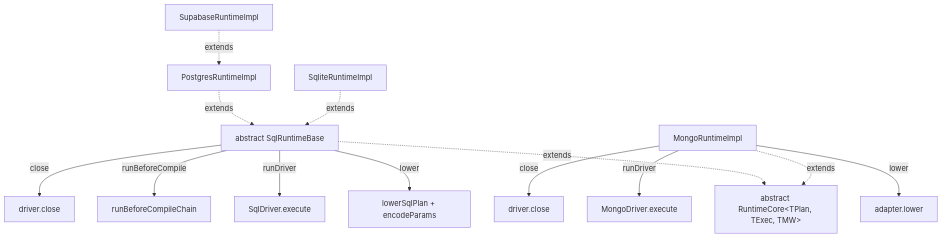
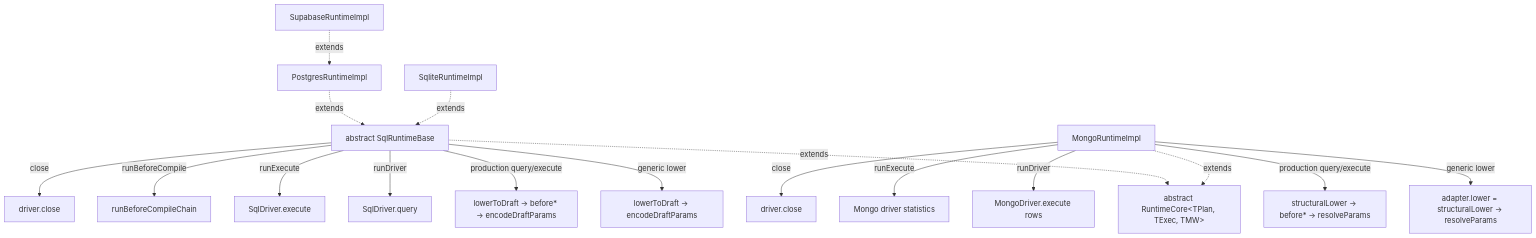
Before and after one commit to prisma/prisma: the second of 3 diagrams in docs/architecture docs/subsystems/4. Runtime & Middleware Framework.md, drawn with Mermaid. The commit also changed other lines of this file and 33 other files, not shown here.

````diff
--- a/docs/architecture docs/subsystems/4. Runtime & Middleware Framework.md
+++ b/docs/architecture docs/subsystems/4. Runtime & Middleware Framework.md
@@ -148,18 +134,22 @@
 ```mermaid
 flowchart TB
   Core[abstract RuntimeCore&lt;TPlan, TExec, TMW&gt;]
   SR[abstract SqlRuntimeBase]
   MR[MongoRuntimeImpl]
   SR -.extends.-> Core
   MR -.extends.-> Core
-  SR -- lower --> LowerS[lowerSqlPlan + encodeParams]
-  SR -- runDriver --> DriverS[SqlDriver.execute]
+  SR -- generic lower --> LowerS[lowerToDraft → encodeDraftParams]
+  SR -- production query/execute --> SplitS[lowerToDraft → before* → encodeDraftParams]
+  SR -- runDriver --> DriverS[SqlDriver.query]
+  SR -- runExecute --> StatsS[SqlDriver.execute]
   SR -- runBeforeCompile --> BCC[runBeforeCompileChain]
   SR -- close --> CloseS[driver.close]
-  MR -- lower --> LowerM[adapter.lower]
-  MR -- runDriver --> DriverM[MongoDriver.execute]
+  MR -- generic lower --> LowerM[adapter.lower = structuralLower → resolveParams]
+  MR -- production query/execute --> SplitM[structuralLower → before* → resolveParams]
+  MR -- runDriver --> DriverM[MongoDriver.execute rows]
+  MR -- runExecute --> StatsM[Mongo driver statistics]
   MR -- close --> CloseM[driver.close]
   PR[PostgresRuntimeImpl] -.extends.-> SR
   SLR[SqliteRuntimeImpl] -.extends.-> SR
   SupR[SupabaseRuntimeImpl] -.extends.-> PR
 ```
````
